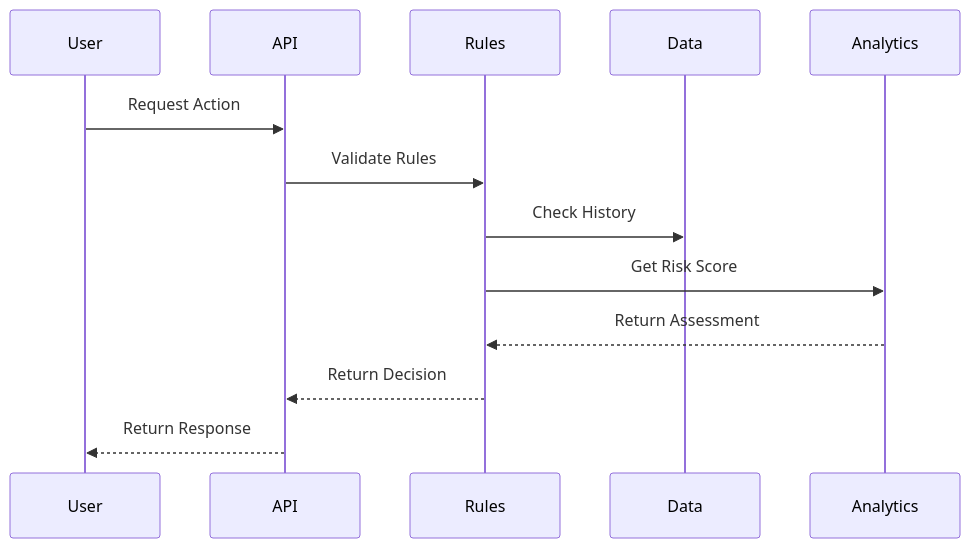
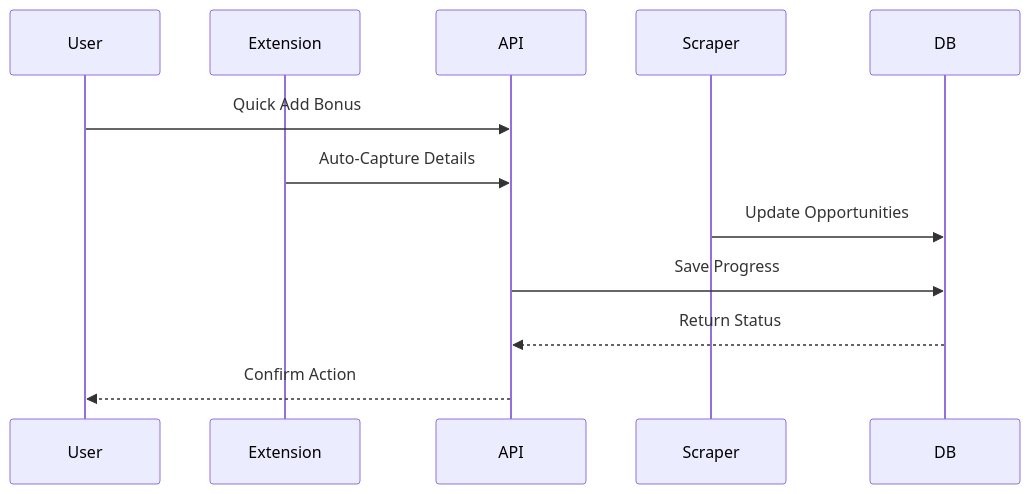
The fourth of 5 diagrams in docs/2.ARCHITECTURE.md (menezmethod/churnistic), drawn with Mermaid before and after one commit. The commit also changed other lines of this file and 10 other files, not shown here.

````diff
--- a/docs/2.ARCHITECTURE.md
+++ b/docs/2.ARCHITECTURE.md
@@ -111,16 +100,15 @@
 ```mermaid
 sequenceDiagram
     participant User
+    participant Extension
     participant API
-    participant Rules
-    participant Data
-    participant Analytics
+    participant Scraper
+    participant DB
 
-    User->>API: Request Action
-    API->>Rules: Validate Rules
-    Rules->>Data: Check History
-    Rules->>Analytics: Get Risk Score
-    Analytics-->>Rules: Return Assessment
-    Rules-->>API: Return Decision
-    API-->>User: Return Response
+    User->>API: Quick Add Bonus
+    Extension->>API: Auto-Capture Details
+    Scraper->>DB: Update Opportunities
+    API->>DB: Save Progress
+    DB-->>API: Return Status
+    API-->>User: Confirm Action
 ```
````
